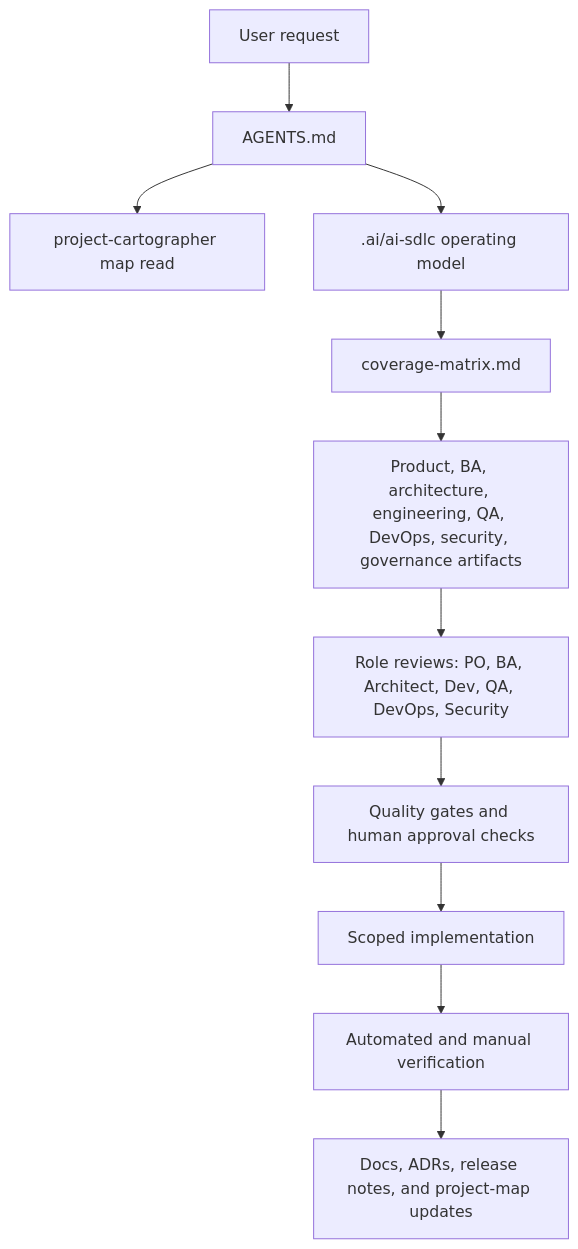
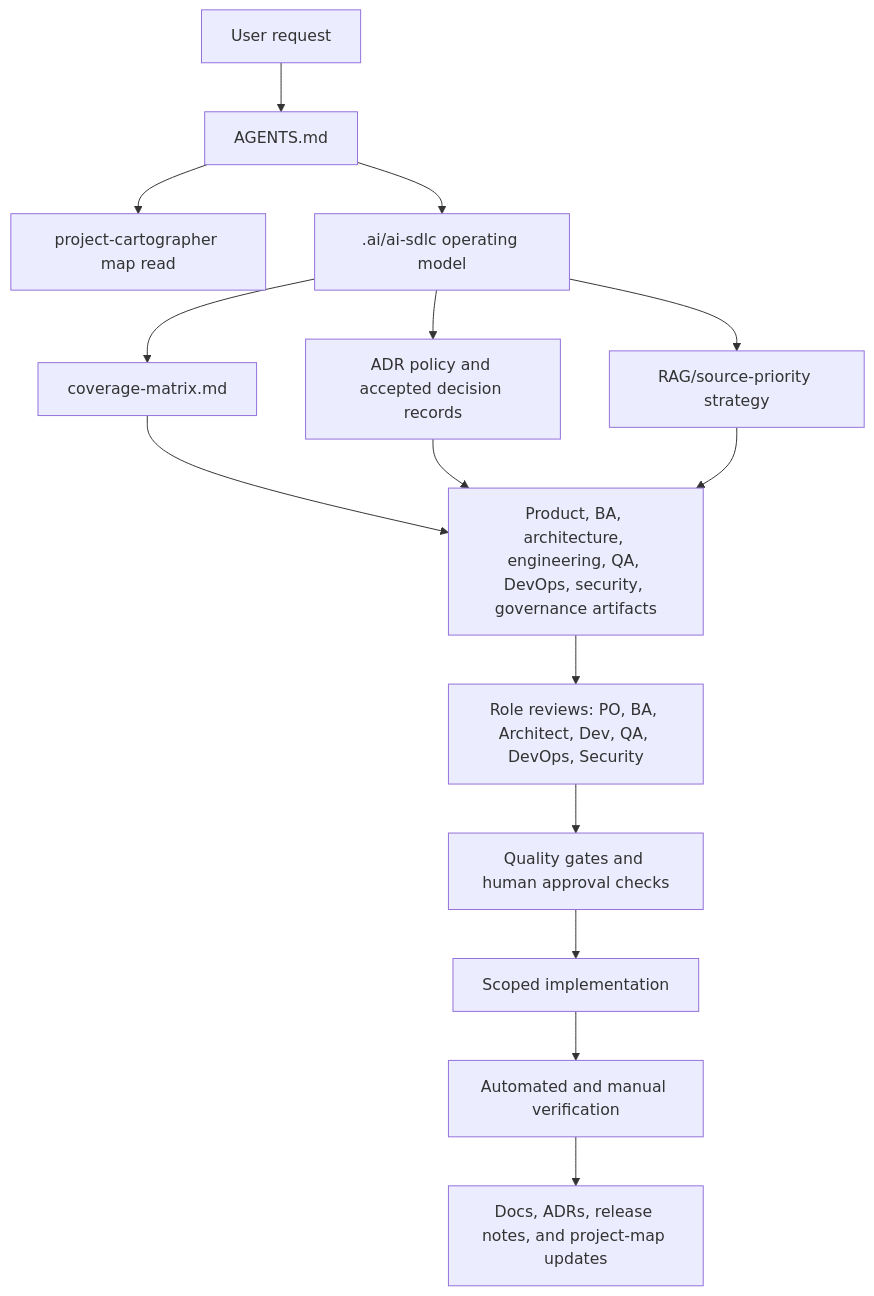
Before and after one commit to iziuk/Polite: the second of 2 diagrams in .ai/project-map/data-flow.md, drawn with Mermaid. The commit also changed other lines of this file and 26 other files, not shown here.

First line of the commit message:
docs: add ADR and RAG governance

````diff
--- a/.ai/project-map/data-flow.md
+++ b/.ai/project-map/data-flow.md
@@ -41,13 +41,17 @@
 ```mermaid
 flowchart TD
   Request["User request"] --> Agents["AGENTS.md"]
   Agents --> Map["project-cartographer map read"]
   Agents --> OperatingModel[".ai/ai-sdlc operating model"]
   OperatingModel --> Coverage["coverage-matrix.md"]
+  OperatingModel --> ADRs["ADR policy and accepted decision records"]
+  OperatingModel --> Retrieval["RAG/source-priority strategy"]
   Coverage --> Artifacts["Product, BA, architecture, engineering, QA, DevOps, security, governance artifacts"]
+  ADRs --> Artifacts
+  Retrieval --> Artifacts
   Artifacts --> Roles["Role reviews: PO, BA, Architect, Dev, QA, DevOps, Security"]
   Roles --> Gates["Quality gates and human approval checks"]
   Gates --> Implementation["Scoped implementation"]
   Implementation --> Verification["Automated and manual verification"]
   Verification --> Docs["Docs, ADRs, release notes, and project-map updates"]
 ```
````
